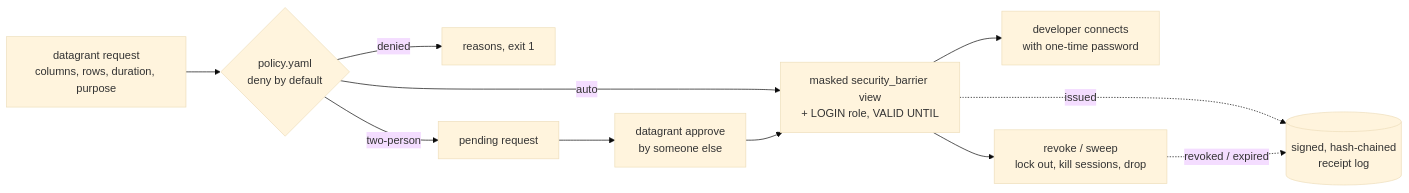
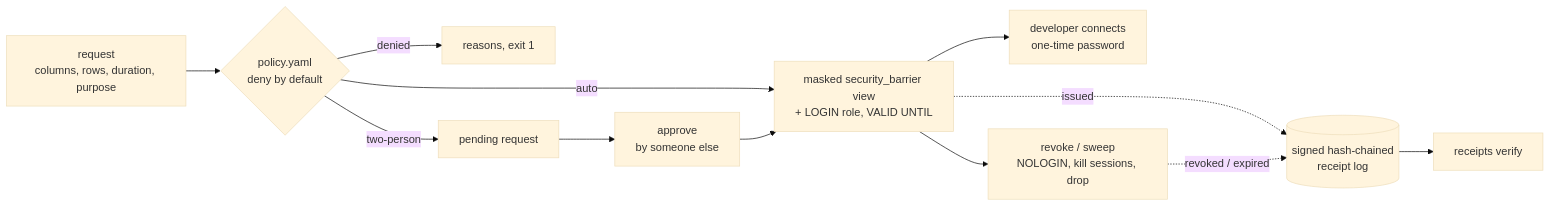
One commit to chriswayneh/datagrant changed the diagram in README.md. Above: the diagram before and after it, drawn with Mermaid (base theme). The commit also changed other lines of this file, not shown here.

First line of the commit message:
docs: Supabase-style README feature checklist and architecture

````diff
--- a/README.md
+++ b/README.md
@@ -57,12 +67,13 @@
 ```mermaid
 flowchart LR
-    A[datagrant request<br/>columns, rows, duration, purpose] --> B{policy.yaml<br/>deny by default}
+    A[request<br/>columns, rows, duration, purpose] --> B{policy.yaml<br/>deny by default}
     B -- denied --> X[reasons, exit 1]
-    B -- two-person --> P[pending request] --> AP[datagrant approve<br/>by someone else]
+    B -- two-person --> P[pending request] --> AP[approve<br/>by someone else]
     B -- auto --> G
     AP --> G[masked security_barrier view<br/>+ LOGIN role, VALID UNTIL]
-    G --> U[developer connects<br/>with one-time password]
-    G --> R[revoke / sweep<br/>lock out, kill sessions, drop]
-    G -. issued .-> S[(signed, hash-chained<br/>receipt log)]
+    G --> U[developer connects<br/>one-time password]
+    G -. issued .-> S[(signed hash-chained<br/>receipt log)]
+    G --> R[revoke / sweep<br/>NOLOGIN, kill sessions, drop]
     R -. revoked / expired .-> S
+    S --> V[receipts verify]
 ```
````
